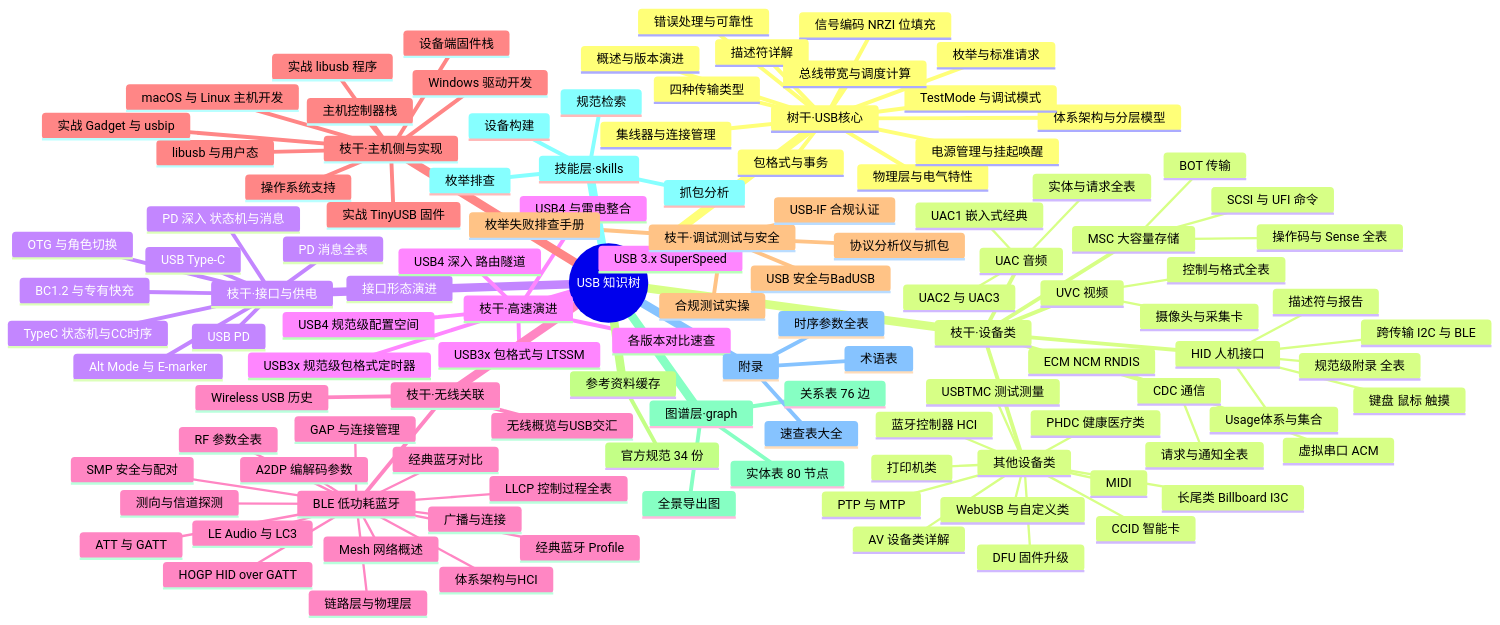
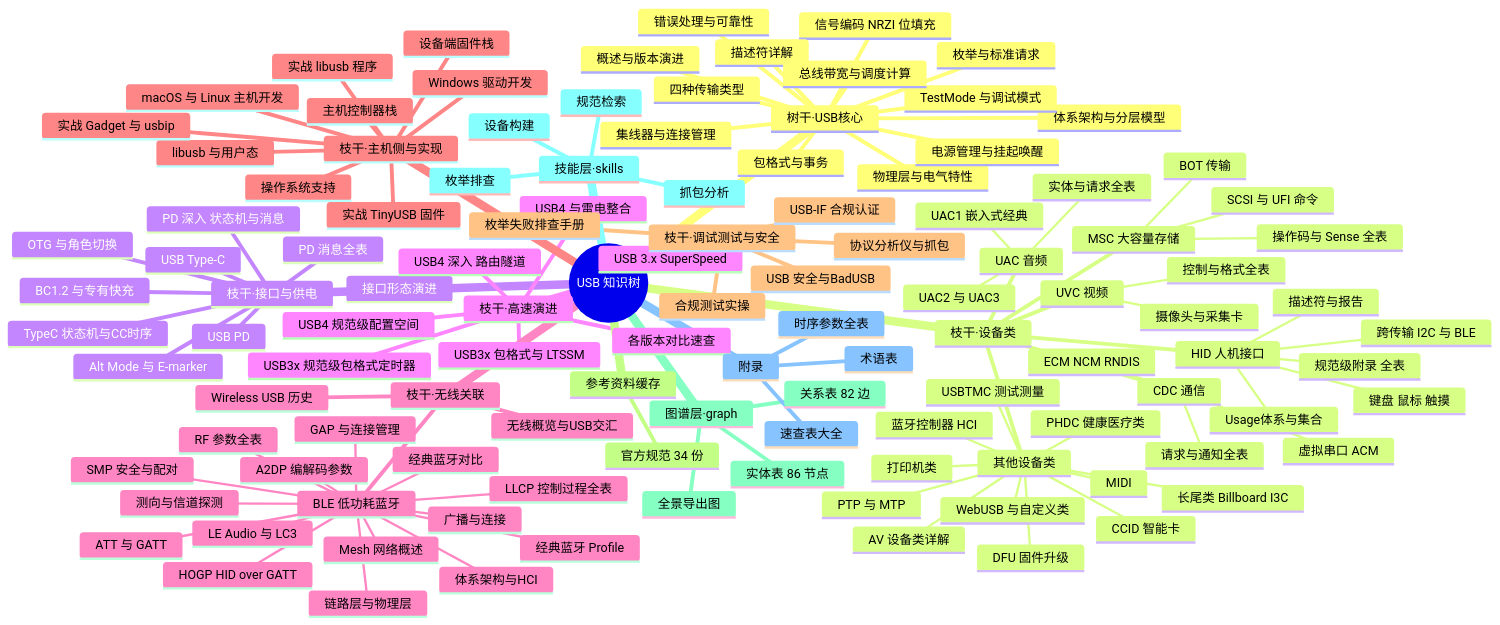
One commit to tangjianfang/USBTree changed the first of 2 diagrams in 00-知识树总图.md. Above: the diagram before and after it, drawn with Mermaid. The commit also changed 4 other files, not shown here.

Commit message:
evolve #9: 图谱扩容 80→86 实体 / 76→82 边（AV/PHDC/11073/AVDTP/HFP/UCSI）

```diff
--- a/00-知识树总图.md
+++ b/00-知识树总图.md
@@ -125,8 +125,8 @@
     参考资料缓存
       官方规范 34 份
     图谱层·graph
-      实体表 80 节点
-      关系表 76 边
+      实体表 86 节点
+      关系表 82 边
       全景导出图
     技能层·skills
       枚举排查
```
